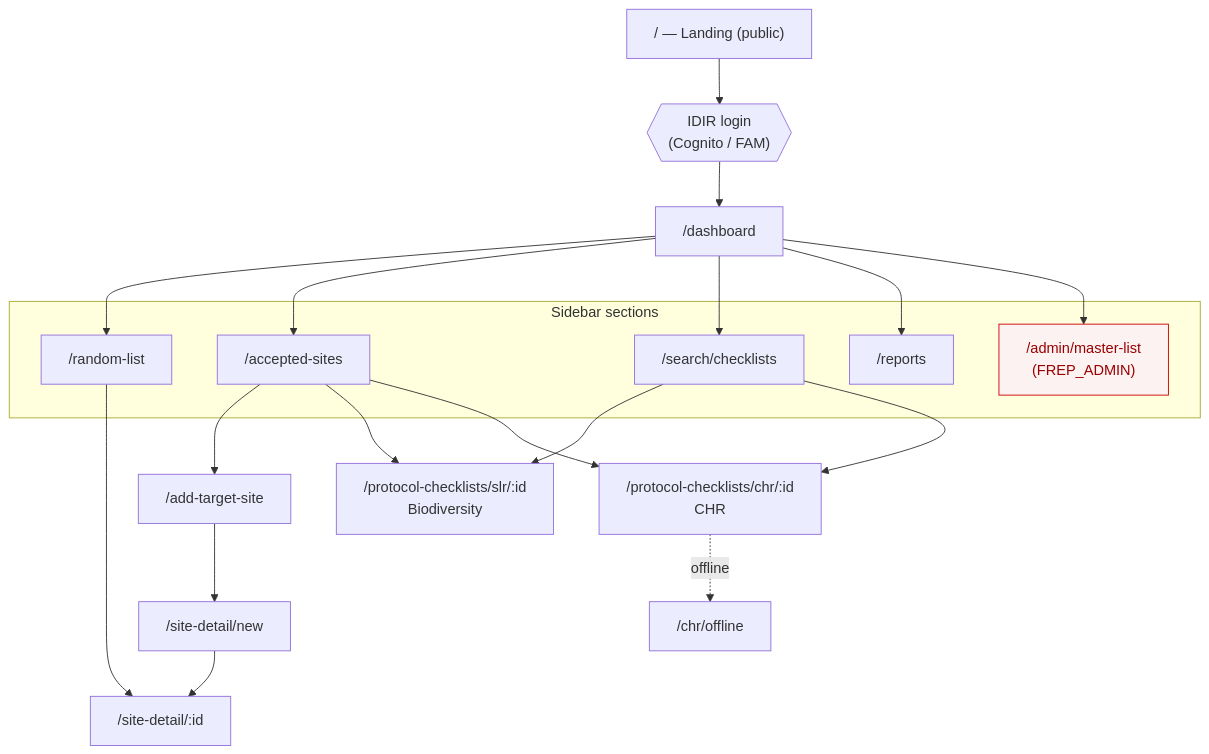
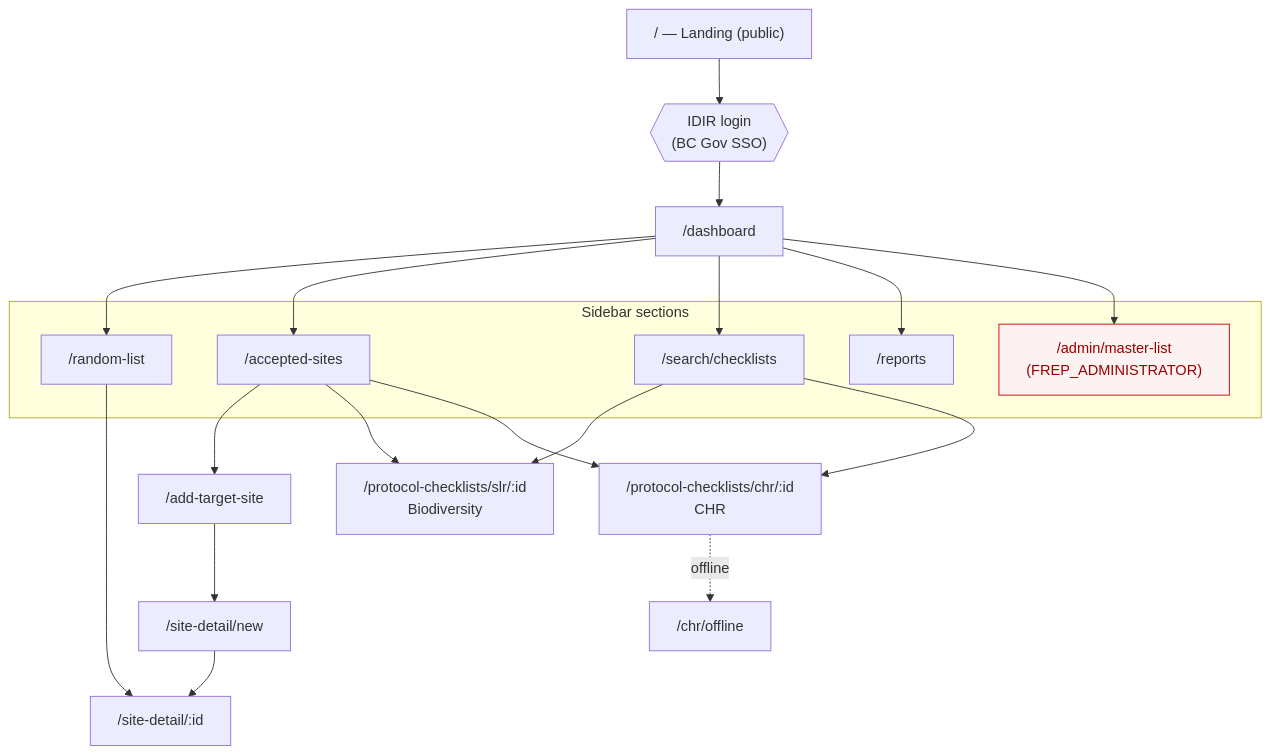
Before and after one commit to bcgov/nr-frep: the diagram in docs/site-map.md, drawn with Mermaid. The commit also changed other lines of this file and 93 other files, not shown here.

````diff
--- a/docs/site-map.md
+++ b/docs/site-map.md
@@ -43,41 +43,41 @@
 ```mermaid
 flowchart TD
     landing["/ — Landing (public)"]
-    login{{"IDIR login<br/>(Cognito / FAM)"}}
+    login{{"IDIR login<br/>(BC Gov SSO)"}}
     dash["/dashboard"]
 
     landing --> login --> dash
 
     subgraph sidebar["Sidebar sections"]
         rl["/random-list"]
         as["/accepted-sites"]
         cs["/search/checklists"]
         rep["/reports"]
-        adm["/admin/master-list<br/>(FREP_ADMIN)"]
+        adm["/admin/master-list<br/>(FREP_ADMINISTRATOR)"]
     end
 
     dash --> rl
     dash --> as
     dash --> cs
     dash --> rep
     dash --> adm
 
     ats["/add-target-site"]
     sdnew["/site-detail/new"]
     sd["/site-detail/:id"]
     bio["/protocol-checklists/slr/:id<br/>Biodiversity"]
     chr["/protocol-checklists/chr/:id<br/>CHR"]
     chroff["/chr/offline"]
 
     rl --> sd
     as --> ats
     as --> bio
     as --> chr
     ats --> sdnew --> sd
     cs --> bio
     cs --> chr
     chr -.->|offline| chroff
 
     classDef admin fill:#fdf2f2,stroke:#c00,color:#900;
     class adm admin;
 ```
````
